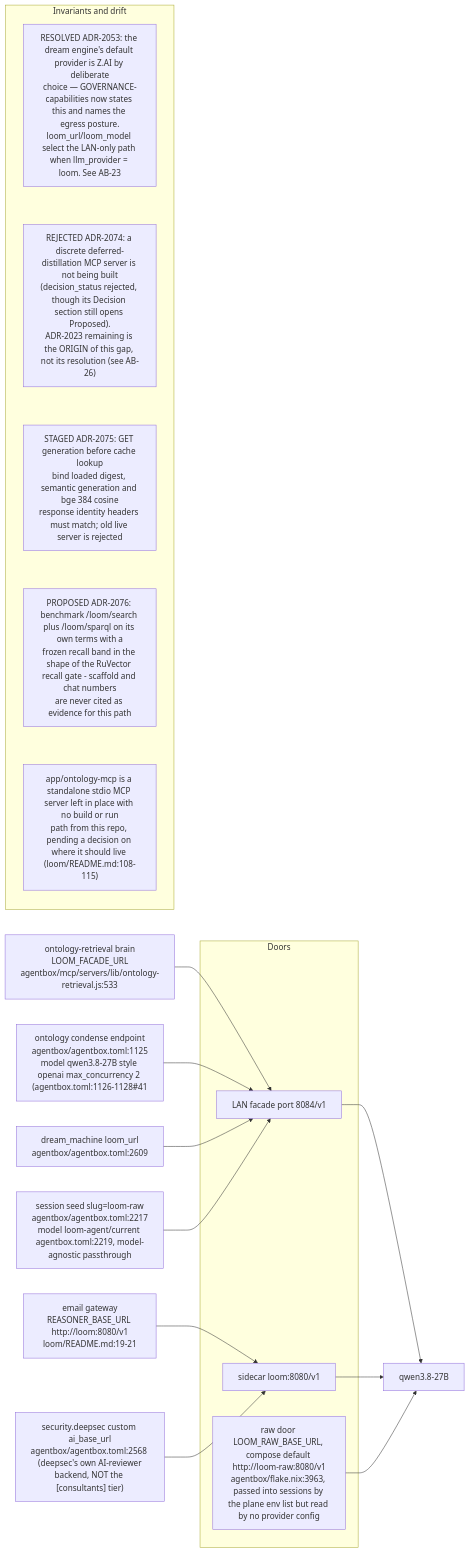
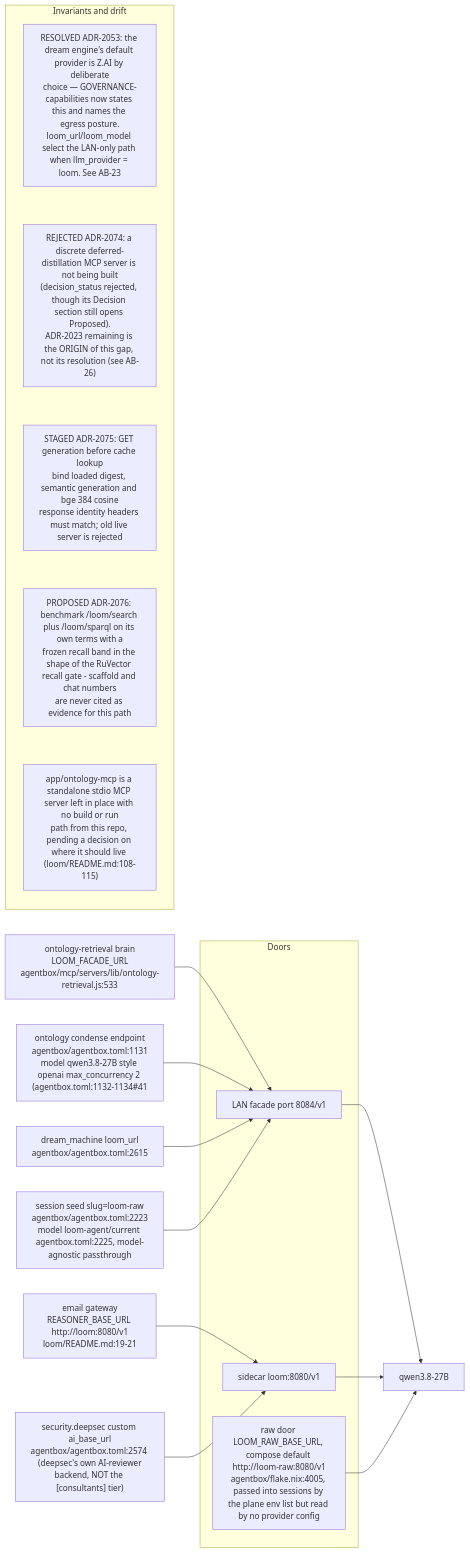
One commit to DreamLab-AI/VisionFlow changed the eighth of 14 diagrams in docs/diagrams/agentbox/24-loom-facade.md. Above: the diagram before and after it, drawn with Mermaid. The commit also changed other lines of this file and 36 other files, not shown here.

First line of the commit message:
docs(diagrams): re-derive and re-stamp agentbox, dream-engine, visioncraft, visiontouch and vowl topics; drop LAN addresses

````diff
--- a/docs/diagrams/agentbox/24-loom-facade.md
+++ b/docs/diagrams/agentbox/24-loom-facade.md
@@ -338,26 +338,26 @@
 ```mermaid
 flowchart LR
     subgraph doors["Doors"]
         D84["LAN facade port 8084/v1"]
         D80["sidecar loom:8080/v1"]
-        D85["raw door LOOM_RAW_BASE_URL, compose default http://loom-raw:8080/v1<br/>agentbox/flake.nix:3963, passed into sessions by the plane env list but read by no provider config"]
+        D85["raw door LOOM_RAW_BASE_URL, compose default http://loom-raw:8080/v1<br/>agentbox/flake.nix:4005, passed into sessions by the plane env list but read by no provider config"]
     end
     RET["ontology-retrieval brain<br/>LOOM_FACADE_URL<br/>agentbox/mcp/servers/lib/ontology-retrieval.js:533"] --> D84
-    COND["ontology condense endpoint<br/>agentbox/agentbox.toml:1125<br/>model qwen3.8-27B style openai max_concurrency 2 #40;agentbox.toml:1126-1128#41;"] --> D84
-    DREAM["dream_machine loom_url<br/>agentbox/agentbox.toml:2609"] --> D84
-    SEEDR["session seed slug=loom-raw<br/>agentbox/agentbox.toml:2217<br/>model loom-agent/current agentbox.toml:2219, model-agnostic passthrough"] --> D84
+    COND["ontology condense endpoint<br/>agentbox/agentbox.toml:1131<br/>model qwen3.8-27B style openai max_concurrency 2 #40;agentbox.toml:1132-1134#41;"] --> D84
+    DREAM["dream_machine loom_url<br/>agentbox/agentbox.toml:2615"] --> D84
+    SEEDR["session seed slug=loom-raw<br/>agentbox/agentbox.toml:2223<br/>model loom-agent/current agentbox.toml:2225, model-agnostic passthrough"] --> D84
     EMAIL["email gateway<br/>REASONER_BASE_URL http://loom:8080/v1<br/>loom/README.md:19-21"] --> D80
-    CUST["security.deepsec custom ai_base_url<br/>agentbox/agentbox.toml:2568 #40;deepsec#39;s own AI-reviewer<br/>backend, NOT the #91;consultants#93; tier#41;"] --> D80
+    CUST["security.deepsec custom ai_base_url<br/>agentbox/agentbox.toml:2574 #40;deepsec#39;s own AI-reviewer<br/>backend, NOT the #91;consultants#93; tier#41;"] --> D80
     D84 --> M["qwen3.8-27B"]
     D80 --> M
     D85 --> M
     subgraph notes["Invariants and drift"]
         direction TB
         N1["RESOLVED ADR-2053: the dream engine's default provider is Z.AI by deliberate<br/>choice — GOVERNANCE-capabilities now states this and names the egress posture.<br/>loom_url/loom_model select the LAN-only path when llm_provider = loom. See AB-23"]
         N2["REJECTED ADR-2074: a discrete deferred-distillation MCP server is not being built<br/>(decision_status rejected, though its Decision section still opens Proposed).<br/>ADR-2023 remaining is the ORIGIN of this gap, not its resolution (see AB-26)"]
         N3["STAGED ADR-2075: GET generation before cache lookup<br/>bind loaded digest, semantic generation and bge 384 cosine<br/>response identity headers must match; old live server is rejected"]
         N4["PROPOSED ADR-2076: benchmark /loom/search plus /loom/sparql on its own terms with a<br/>frozen recall band in the shape of the RuVector recall gate - scaffold and chat numbers<br/>are never cited as evidence for this path"]
         N5["app/ontology-mcp is a standalone stdio MCP server left in place with no build or run<br/>path from this repo, pending a decision on where it should live (loom/README.md:108-115)"]
         N1 ~~~ N2 ~~~ N3 ~~~ N4 ~~~ N5
     end
 ```
````
